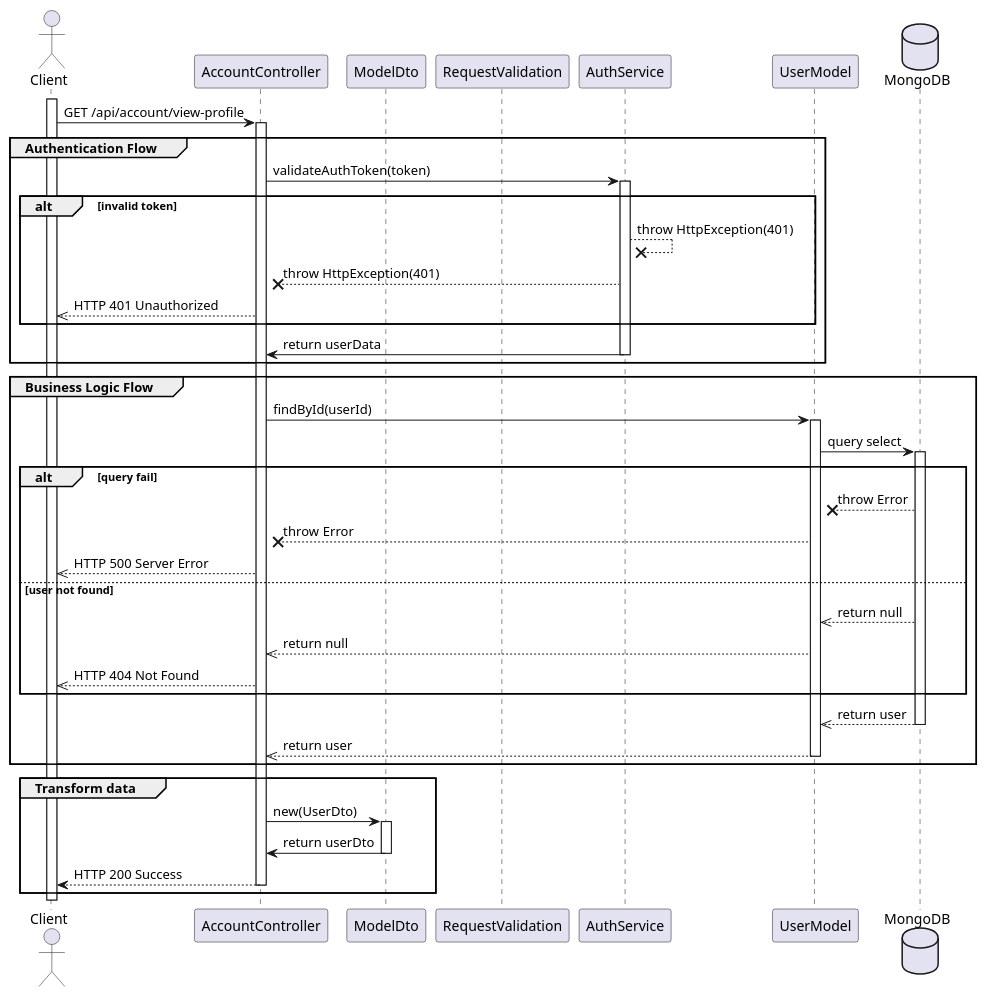
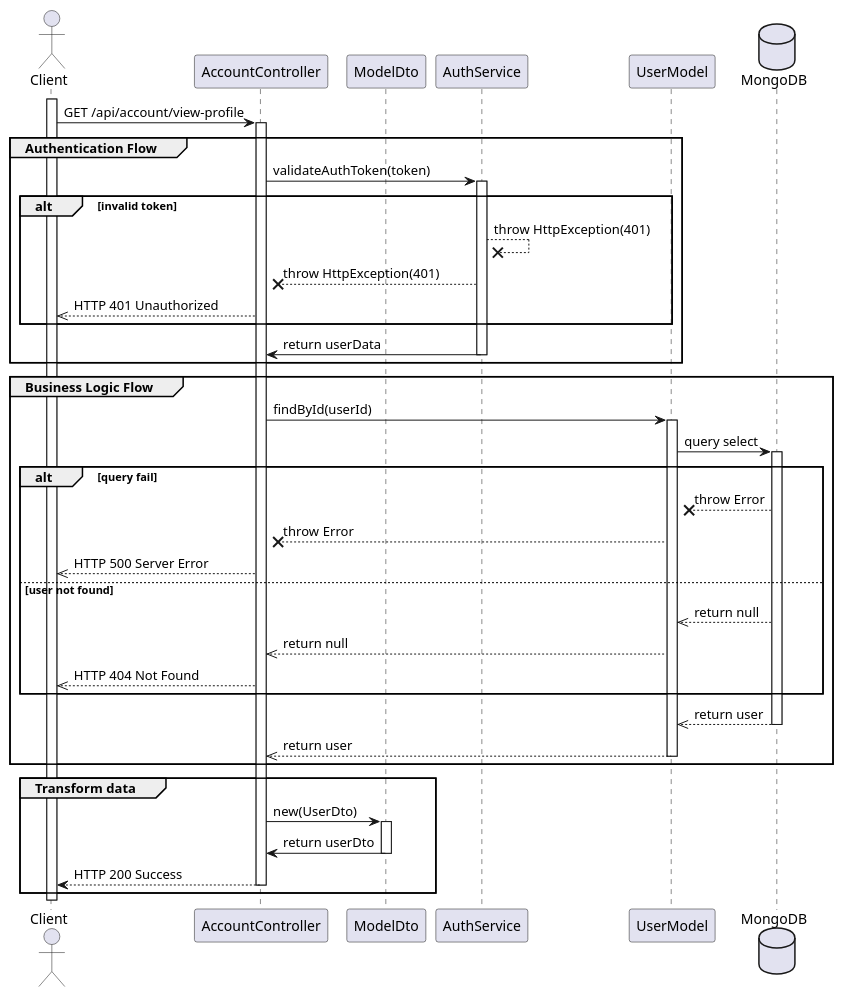
The diagram in docs/sequences/UC10-ManageAccount/UC10.1-ViewUserProfile.wsd (hiusnguyen201/BE_ClothingShop), drawn with PlantUML before and after one commit. The commit also changed 90 other files, not shown here.

```diff
--- a/docs/sequences/UC10-ManageAccount/UC10.1-ViewUserProfile.wsd
+++ b/docs/sequences/UC10-ManageAccount/UC10.1-ViewUserProfile.wsd
@@ -1,63 +1,62 @@
 @startuml View User Profile
 
 actor Client
 participant AccountController
 participant ModelDto
-participant RequestValidation
 participant AuthService
 participant UserModel
 database MongoDB
 
 activate Client
 Client -> AccountController: GET /api/account/view-profile
 activate AccountController
 
 group Authentication Flow
     AccountController -> AuthService: validateAuthToken(token)
     activate AuthService
     
     alt invalid token
         AuthService --x AuthService: throw HttpException(401)
         AuthService --x AccountController: throw HttpException(401)
         AccountController -->> Client: HTTP 401 Unauthorized
     end
 
     AuthService -> AccountController: return userData
     deactivate AuthService
 end
 
 group Business Logic Flow
     AccountController -> UserModel: findById(userId)
     activate UserModel
     UserModel -> MongoDB: query select
     activate MongoDB
 
     alt query fail
         MongoDB --x UserModel: throw Error
         UserModel --x AccountController: throw Error
         AccountController -->> Client: HTTP 500 Server Error
     else user not found
         MongoDB -->> UserModel: return null
         UserModel -->> AccountController: return null
         AccountController -->> Client: HTTP 404 Not Found
     end
 
     MongoDB -->> UserModel: return user
     deactivate MongoDB
     UserModel -->> AccountController: return user
     deactivate UserModel
 end
 
 group Transform data
     AccountController -> ModelDto: new(UserDto)
     activate ModelDto
     ModelDto -> AccountController: return userDto
     deactivate ModelDto
 
     AccountController --> Client: HTTP 200 Success
     deactivate AccountController
 end
 
 deactivate Client
 
 @enduml
```
